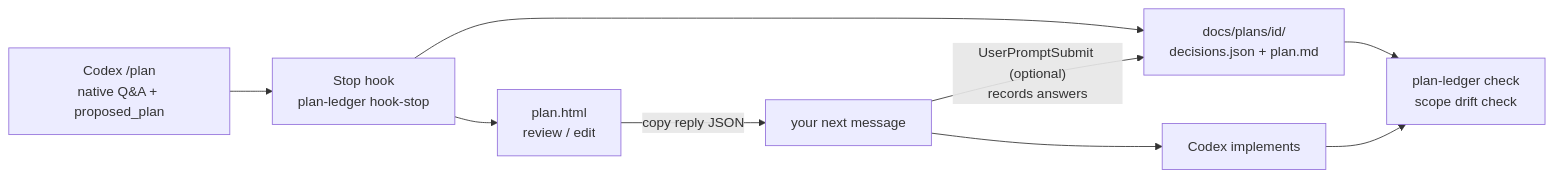
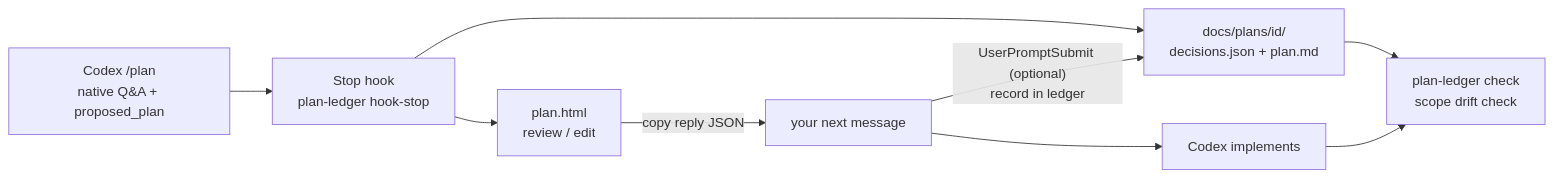
One commit to miniLV/codex-plan-ledger changed the diagram in README.en.md. Above: the diagram before and after it, drawn with Mermaid. The commit also changed other lines of this file and 13 other files, not shown here.

````diff
--- a/README.en.md
+++ b/README.en.md
@@ -62,11 +44,11 @@
 ```mermaid
 flowchart LR
   A["Codex /plan<br/>native Q&A + proposed_plan"] --> B["Stop hook<br/>plan-ledger hook-stop"]
   B --> C["docs/plans/id/<br/>decisions.json + plan.md"]
   B --> D["plan.html<br/>review / edit"]
   D -->|"copy reply JSON"| E["your next message"]
-  E -->|"UserPromptSubmit (optional)<br/>records answers"| C
+  E -->|"UserPromptSubmit (optional)<br/>record in ledger"| C
   E --> F["Codex implements"]
   F --> G["plan-ledger check<br/>scope drift check"]
   C --> G
 ```
````
